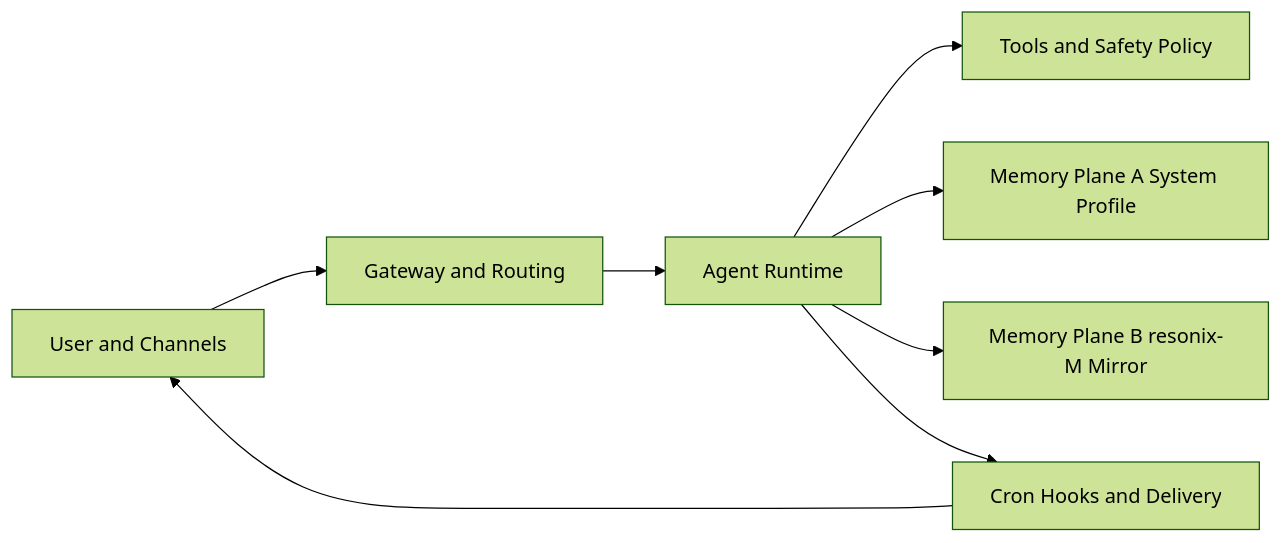
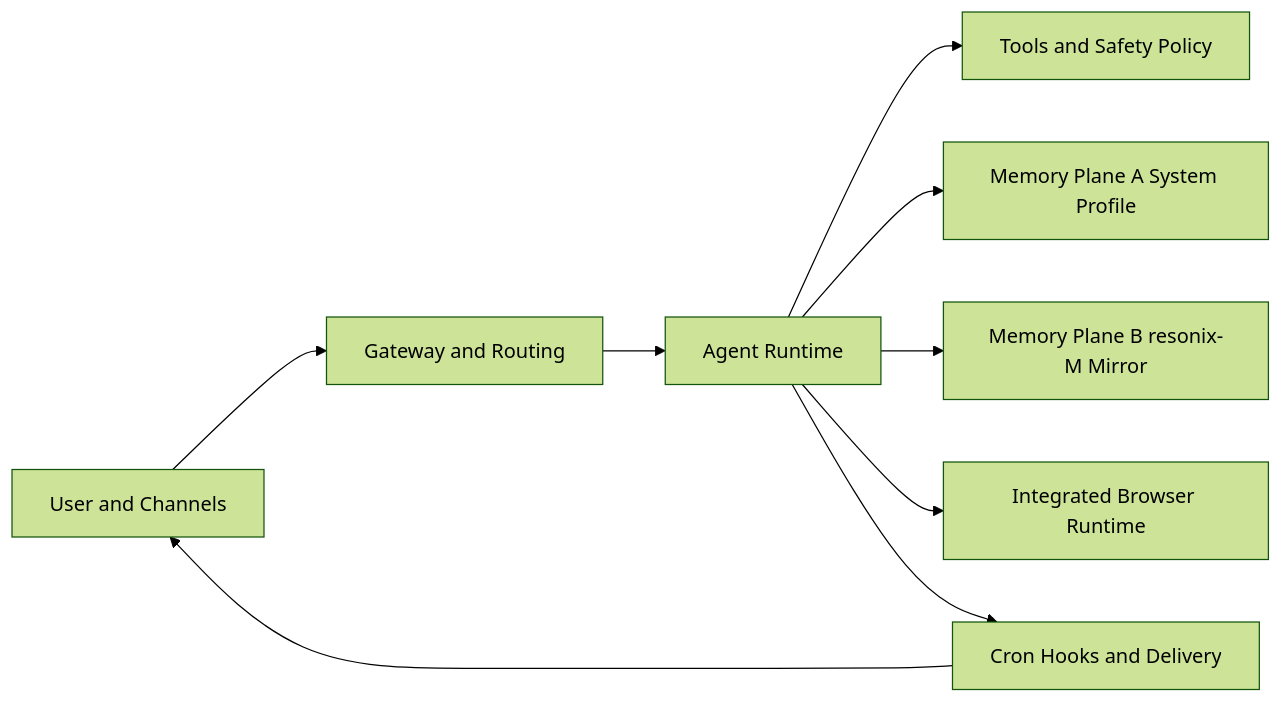
The second of 2 diagrams in README.md (mangiapanejohn-dev/Resonix-AG), drawn with Mermaid (forest theme) before and after one commit. The commit also changed other lines of this file, not shown here.

````diff
--- a/README.md
+++ b/README.md
@@ -41,10 +87,11 @@
 ```mermaid
 flowchart LR
   U[User and Channels] --> G[Gateway and Routing]
   G --> A[Agent Runtime]
   A --> T[Tools and Safety Policy]
   A --> M1[Memory Plane A System Profile]
   A --> M2[Memory Plane B resonix-M Mirror]
+  A --> B[Integrated Browser Runtime]
   A --> C[Cron Hooks and Delivery]
   C --> U
 ```
````
